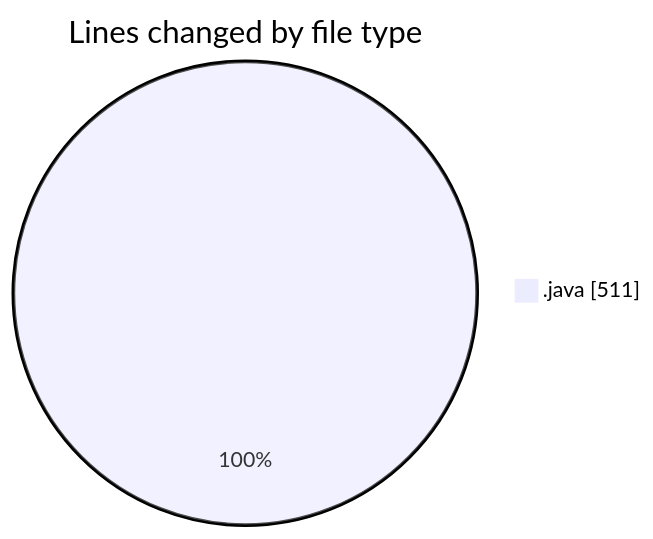
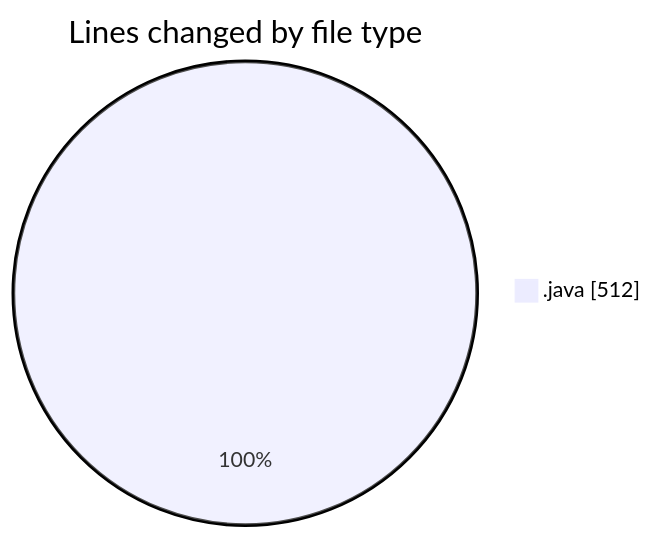
Before and after one commit to ricardozamudiocil/code-tracking: the first of 2 diagrams in 2026-04-29/cilapp/README.md, drawn with Mermaid. The commit also changed other lines of this file and 1 other file, not shown here.

````diff
--- a/2026-04-29/cilapp/README.md
+++ b/2026-04-29/cilapp/README.md
@@ -23,5 +23,5 @@
 ```mermaid
 pie showData
 title Lines changed by file type
-".java" : 511
+".java" : 512
 ```
````
